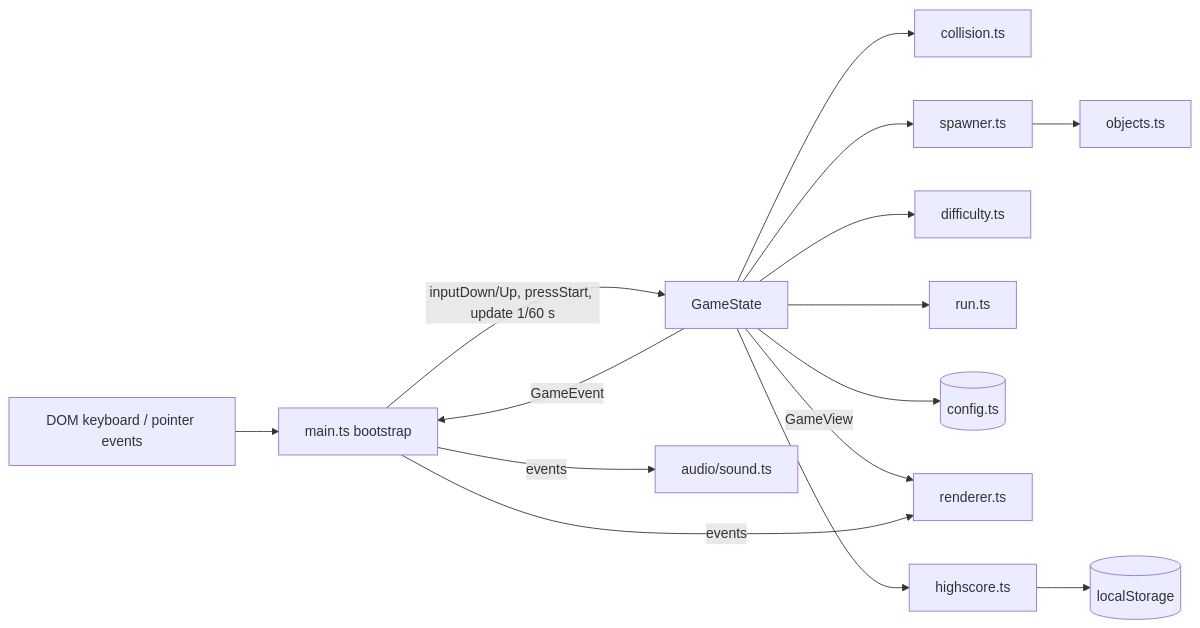
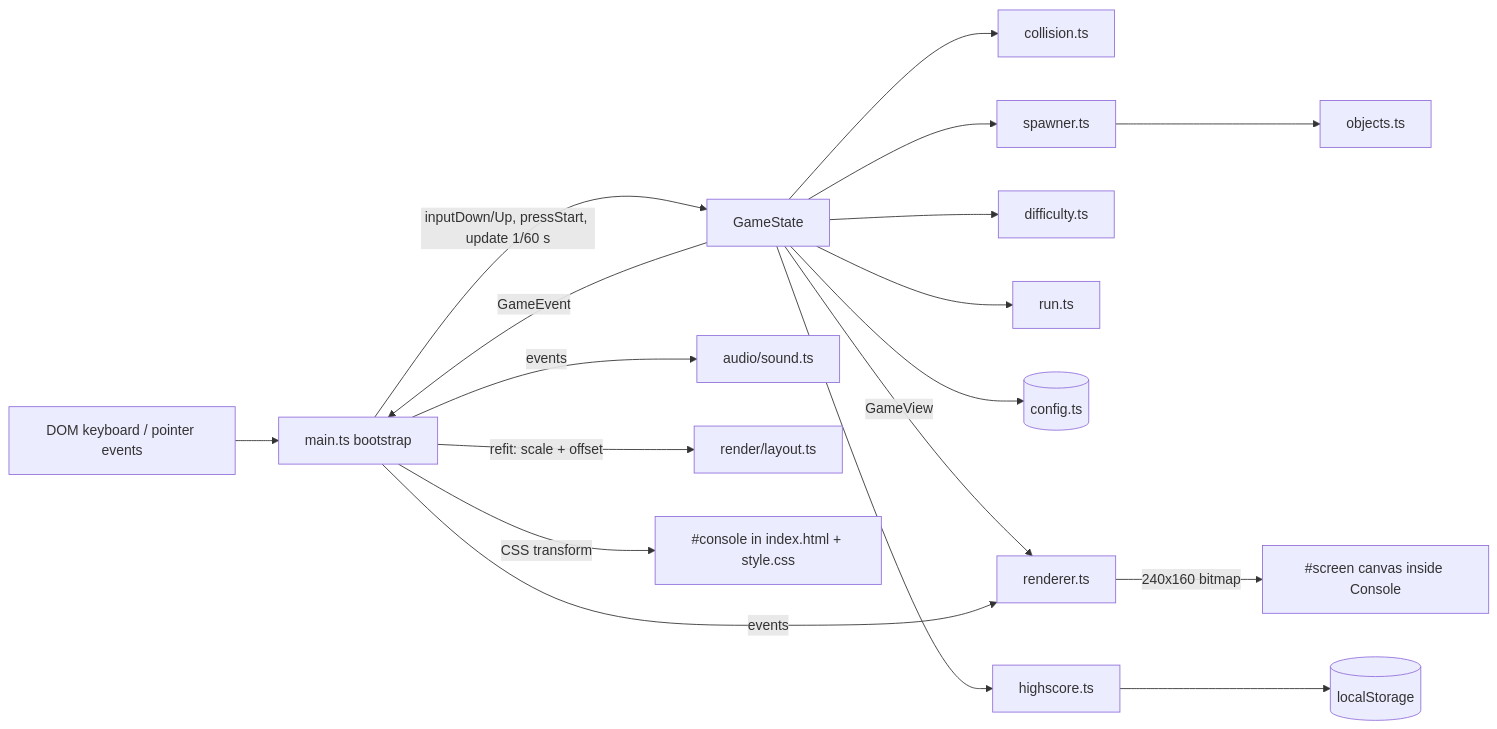
The first of 6 diagrams in aidlc/spaces/default/codekb/aiCatch/architecture.md (snow-note/aiCatch), drawn with Mermaid before and after one commit. The commit also changed other lines of this file and 38 other files, not shown here.

````diff
--- a/aidlc/spaces/default/codekb/aiCatch/architecture.md
+++ b/aidlc/spaces/default/codekb/aiCatch/architecture.md
@@ -7,15 +7,18 @@
 ```mermaid
 flowchart LR
   Input[DOM keyboard / pointer events] --> Main[main.ts bootstrap]
   Main -->|inputDown/Up, pressStart, update 1/60 s| State[GameState]
   State --> Collision[collision.ts]
   State --> Spawner[spawner.ts] --> Objects[objects.ts]
   State --> Difficulty[difficulty.ts]
   State --> Run[run.ts]
   State --> Config[(config.ts)]
   State -->|GameView| Renderer[renderer.ts]
   State -->|GameEvent| Main
   Main -->|events| Renderer
   Main -->|events| Sound[audio/sound.ts]
   State --> HS[highscore.ts] --> LS[(localStorage)]
+  Main -->|refit: scale + offset| Layout[render/layout.ts]
+  Main -->|CSS transform| Console[#console in index.html + style.css]
+  Renderer -->|240x160 bitmap| Canvas[#screen canvas inside Console]
 ```
````
